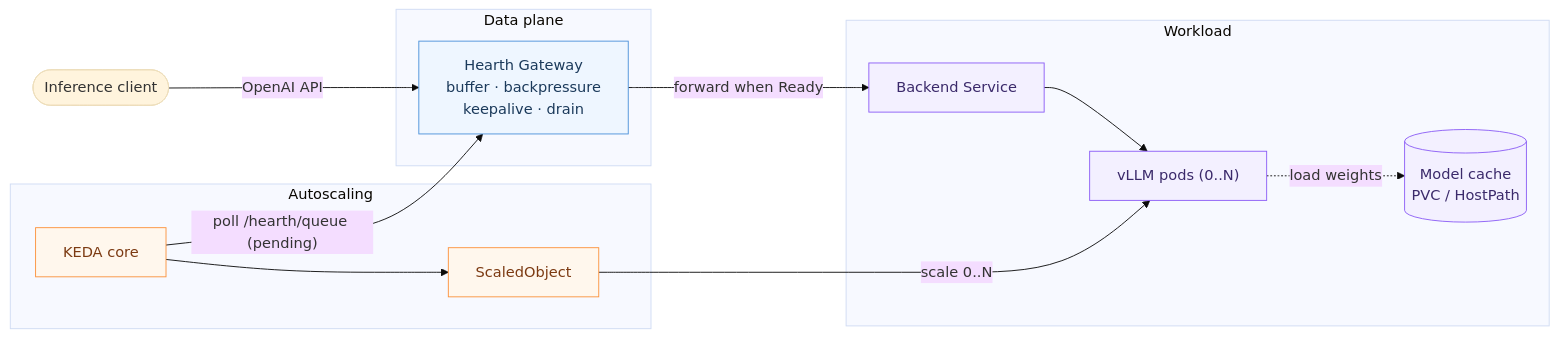
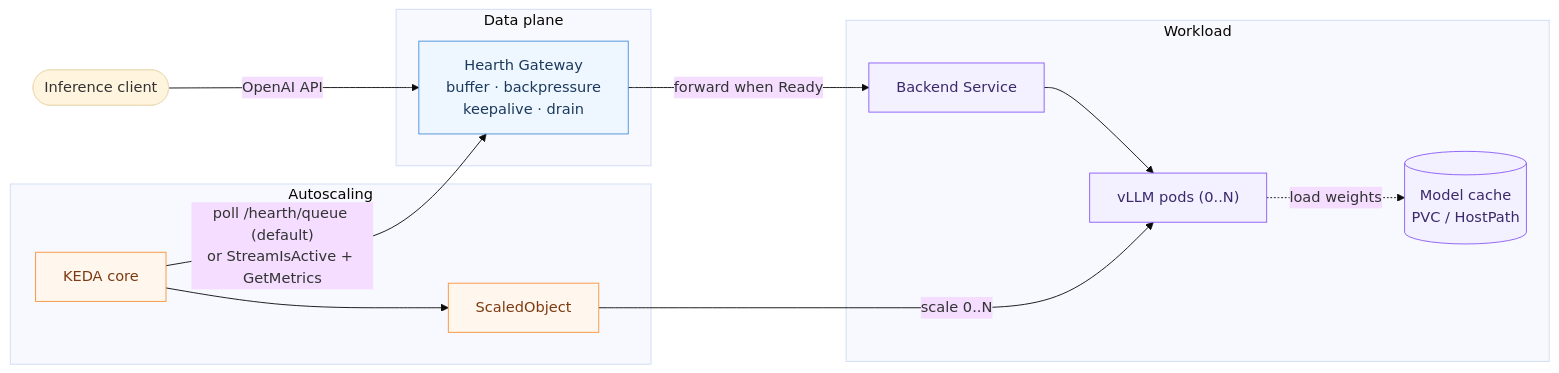
The second of 2 diagrams in docs/architecture.md (hearth-project/hearth), drawn with Mermaid (base theme) before and after one commit. The commit also changed other lines of this file and 29 other files, not shown here.

````diff
--- a/docs/architecture.md
+++ b/docs/architecture.md
@@ -62,29 +64,29 @@
 ```mermaid
 flowchart LR
   client(["Inference client"])
   subgraph dp["Data plane"]
     gw["Hearth Gateway<br/>buffer · backpressure<br/>keepalive · drain"]
   end
   subgraph wl["Workload"]
     svc["Backend Service"]
     pods["vLLM pods (0..N)"]
     cache[("Model cache<br/>PVC / HostPath")]
   end
   subgraph cp["Autoscaling"]
     keda["KEDA core"]
     so["ScaledObject"]
   end
   client -->|"OpenAI API"| gw
   gw -->|"forward when Ready"| svc --> pods
   pods -.->|"load weights"| cache
-  keda -->|"poll /hearth/queue (pending)"| gw
+  keda -->|"poll /hearth/queue (default)<br/>or StreamIsActive + GetMetrics"| gw
   keda --> so
   so -->|"scale 0..N"| pods
 
   classDef plane fill:#eef6ff,stroke:#4a90d9,color:#1b3a5b;
   classDef work fill:#f3f0ff,stroke:#8b5cf6,color:#3b2a6b;
   classDef auto fill:#fff7ed,stroke:#fb923c,color:#7c3a12;
   class gw plane;
   class svc,pods,cache work;
   class keda,so auto;
 ```
````
